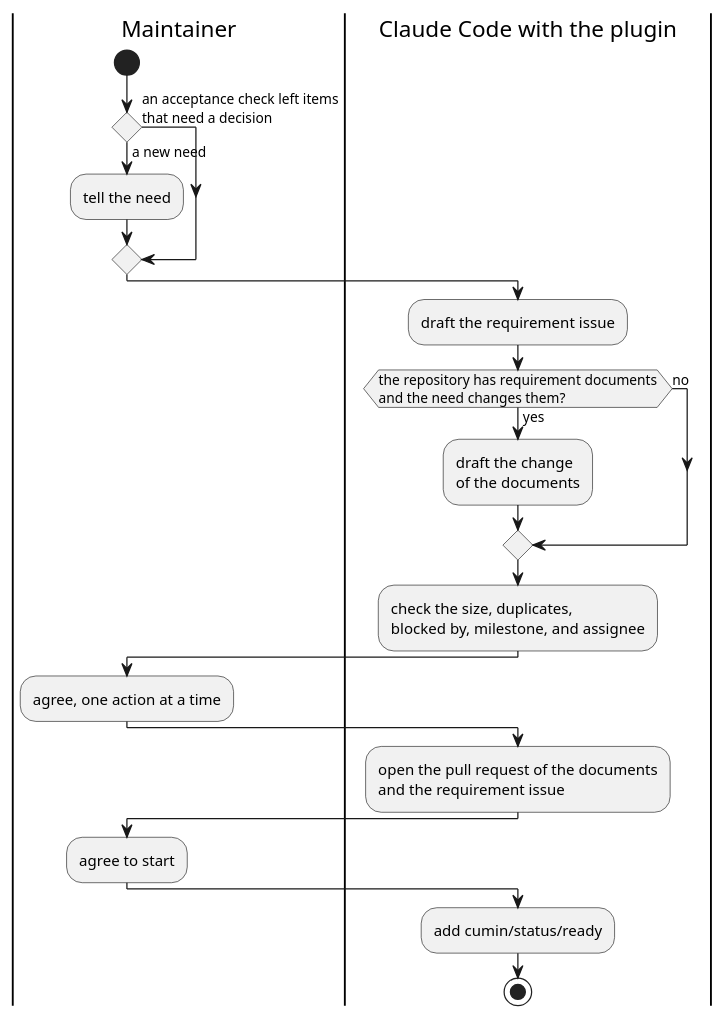
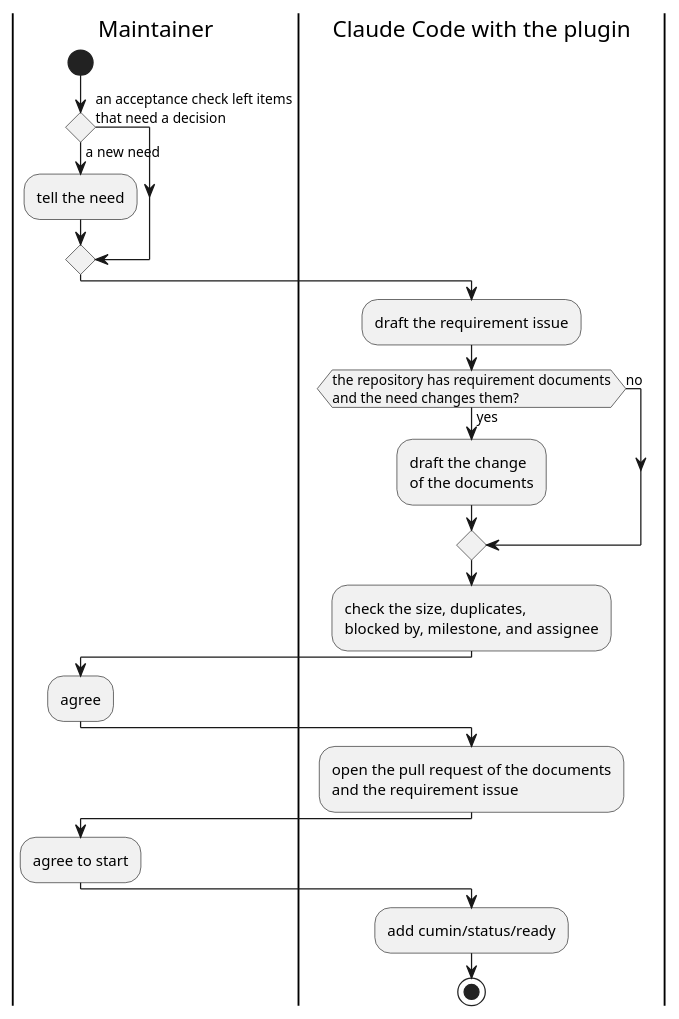
One commit to cloveclovedev/cumin-works changed the diagram in docs/ja/requirements/require/overview.puml. Above: the diagram before and after it, drawn with PlantUML. The commit also changed 5 other files, not shown here.

```diff
--- a/docs/ja/requirements/require/overview.puml
+++ b/docs/ja/requirements/require/overview.puml
@@ -1,28 +1,28 @@
 @startuml overview
 ' cumin-works - how a Maintainer opens a requirement issue together with Claude Code and the plugin.
 ' Render: run scripts/render-diagrams.sh at the root of the repository.
 
 |Maintainer|
 start
 if () then (a new need)
   :tell the need;
 else (an acceptance check left items\nthat need a decision)
 endif
 |Claude Code with the plugin|
 :draft the requirement issue;
 if (the repository has requirement documents\nand the need changes them?) then (yes)
   :draft the change\nof the documents;
 else (no)
 endif
 :check the size, duplicates,\nblocked by, milestone, and assignee;
 |Maintainer|
-:agree, one action at a time;
+:agree;
 |Claude Code with the plugin|
 :open the pull request of the documents\nand the requirement issue;
 |Maintainer|
 :agree to start;
 |Claude Code with the plugin|
 :add cumin/status/ready;
 stop
 
 @enduml
```
